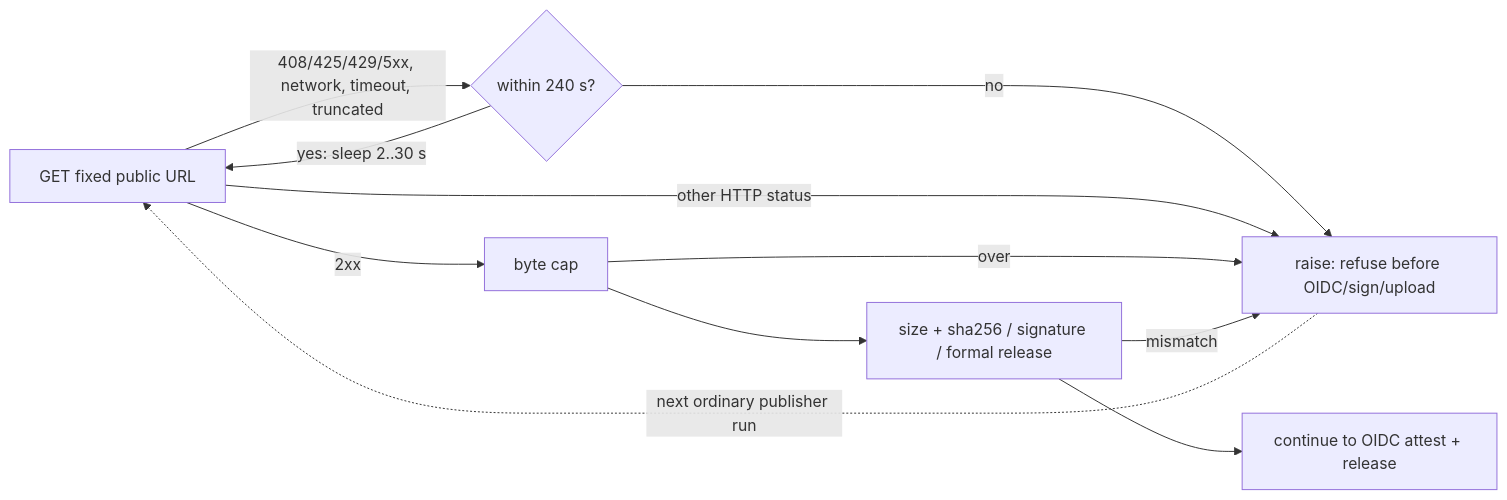
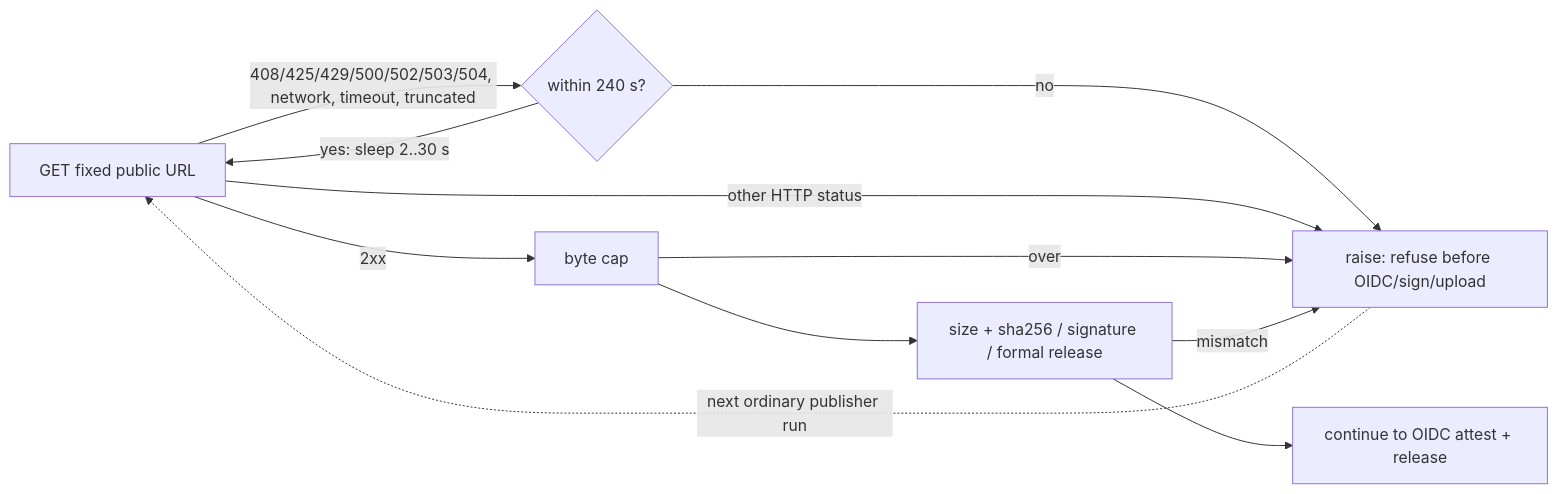
One commit to kitepon/BellTeam changed the first of 5 diagrams in docs/architecture/modules/distribution/update-catalog.md. Above: the diagram before and after it, drawn with Mermaid. The commit also changed other lines of this file and 2 other files, not shown here.

Commit message:
docs(distribution): align current owner and retry window

````diff
--- a/docs/architecture/modules/distribution/update-catalog.md
+++ b/docs/architecture/modules/distribution/update-catalog.md
@@ -9,13 +9,13 @@
 ```mermaid
 flowchart LR
   Req[GET fixed public URL] -->|2xx| Cap[byte cap]
-  Req -->|408/425/429/5xx, network, timeout, truncated| Wait{within 240 s?}
+  Req -->|408/425/429/500/502/503/504, network, timeout, truncated| Wait{within 240 s?}
   Wait -->|yes: sleep 2..30 s| Req
   Wait -->|no| Refuse[raise: refuse before OIDC/sign/upload]
   Req -->|other HTTP status| Refuse
   Cap -->|over| Refuse
   Cap --> Identity[size + sha256 / signature / formal release]
   Identity -->|mismatch| Refuse
   Identity --> Sign[continue to OIDC attest + release]
   Refuse -.->|next ordinary publisher run| Req
 ```
````
